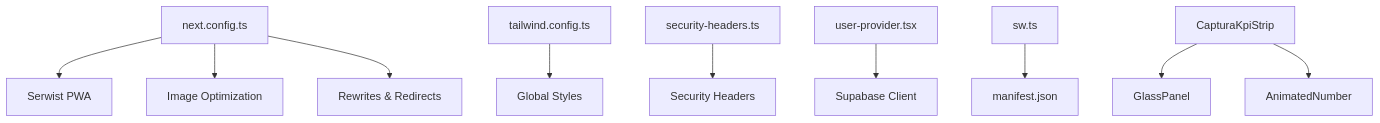
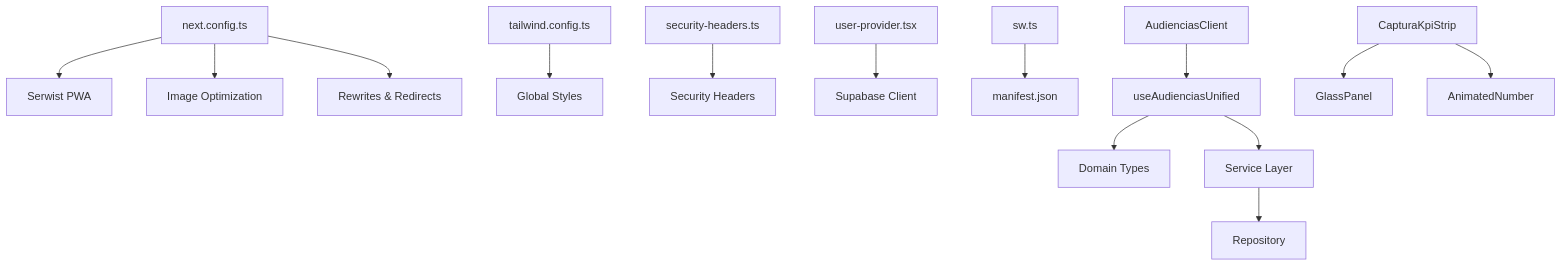
Before and after one commit to SinesysTech/zattar-os: the eighth of 8 diagrams in .qoder/repowiki/en/content/Architecture Overview/Frontend Architecture (Next.js App Router).md, drawn with Mermaid. The commit also changed other lines of this file and 4 other files, not shown here.

````diff
--- a/.qoder/repowiki/en/content/Architecture Overview/Frontend Architecture (Next.js App Router).md
+++ b/.qoder/repowiki/en/content/Architecture Overview/Frontend Architecture (Next.js App Router).md
@@ -336,12 +424,16 @@
 ```mermaid
 graph TB
 NextCfg["next.config.ts"] --> PWA["Serwist PWA"]
 NextCfg --> Images["Image Optimization"]
 NextCfg --> Rewrites["Rewrites & Redirects"]
 TailwindCfg["tailwind.config.ts"] --> Styles["Global Styles"]
 SecHeaders["security-headers.ts"] --> Headers["Security Headers"]
 UserProv["user-provider.tsx"] --> Supabase["Supabase Client"]
 SW["sw.ts"] --> Manifest["manifest.json"]
+AudienciasClient["AudienciasClient"] --> UnifiedHook["useAudienciasUnified"]
+UnifiedHook --> Domain["Domain Types"]
+UnifiedHook --> Service["Service Layer"]
+Service --> Repository["Repository"]
 CapturaKpi["CapturaKpiStrip"] --> GlassPanel["GlassPanel"]
 CapturaKpi --> AnimatedNumber["AnimatedNumber"]
 ```
````
